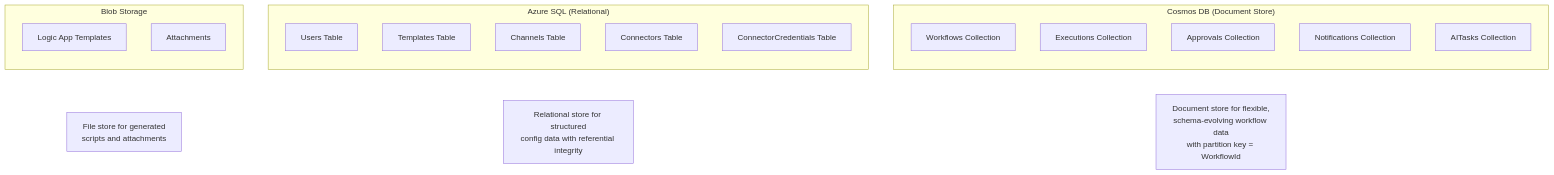
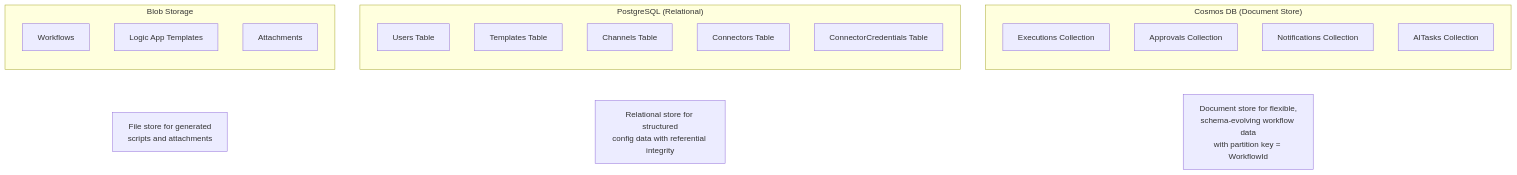
One commit to toanduong/ai-workflow changed diagram 11 of 22 in docs/architecture/Architecture-Documentation.md. Above: the diagram before and after it, drawn with Mermaid. The commit also changed other lines of this file and 15 other files, not shown here.

````diff
--- a/docs/architecture/Architecture-Documentation.md
+++ b/docs/architecture/Architecture-Documentation.md
@@ -645,34 +645,34 @@
 ```mermaid
 flowchart TB
     subgraph CosmosDB["Cosmos DB (Document Store)"]
         direction TB
-        WF[Workflows Collection]
         EX[Executions Collection]
         AP[Approvals Collection]
         NT[Notifications Collection]
         AT[AITasks Collection]
     end
 
-    subgraph SQL["Azure SQL (Relational)"]
+    subgraph SQL["PostgreSQL (Relational)"]
         direction TB
         USR[Users Table]
         TPL[Templates Table]
         CH[Channels Table]
         CON[Connectors Table]
         CRED[ConnectorCredentials Table]
     end
 
     subgraph Blob["Blob Storage"]
         direction TB
+        WF[Workflows]
         LA[Logic App Templates]
         ATT[Attachments]
     end
 
     note1["Document store for flexible,<br/>schema-evolving workflow data<br/>with partition key = WorkflowId"]
     note2["Relational store for structured<br/>config data with referential integrity"]
     note3["File store for generated<br/>scripts and attachments"]
 
     CosmosDB ~~~ note1
     SQL ~~~ note2
     Blob ~~~ note3
 ```
````
